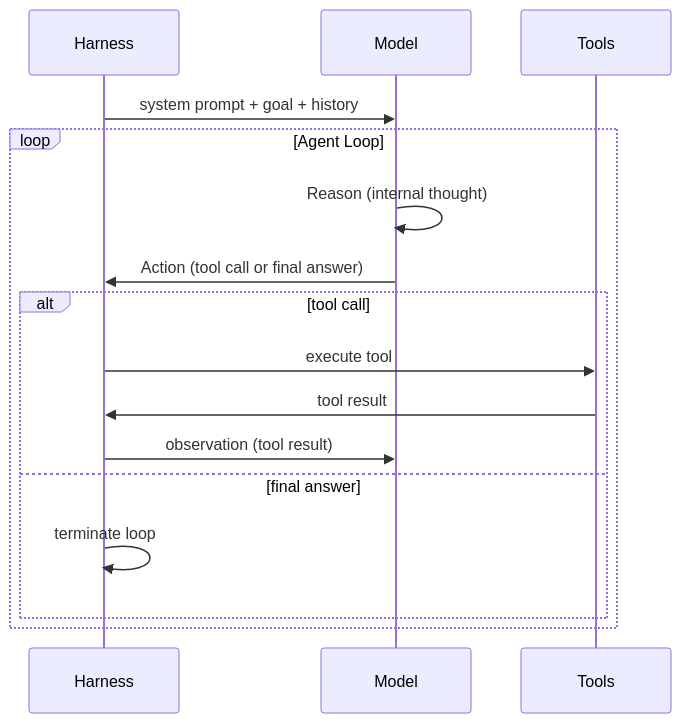
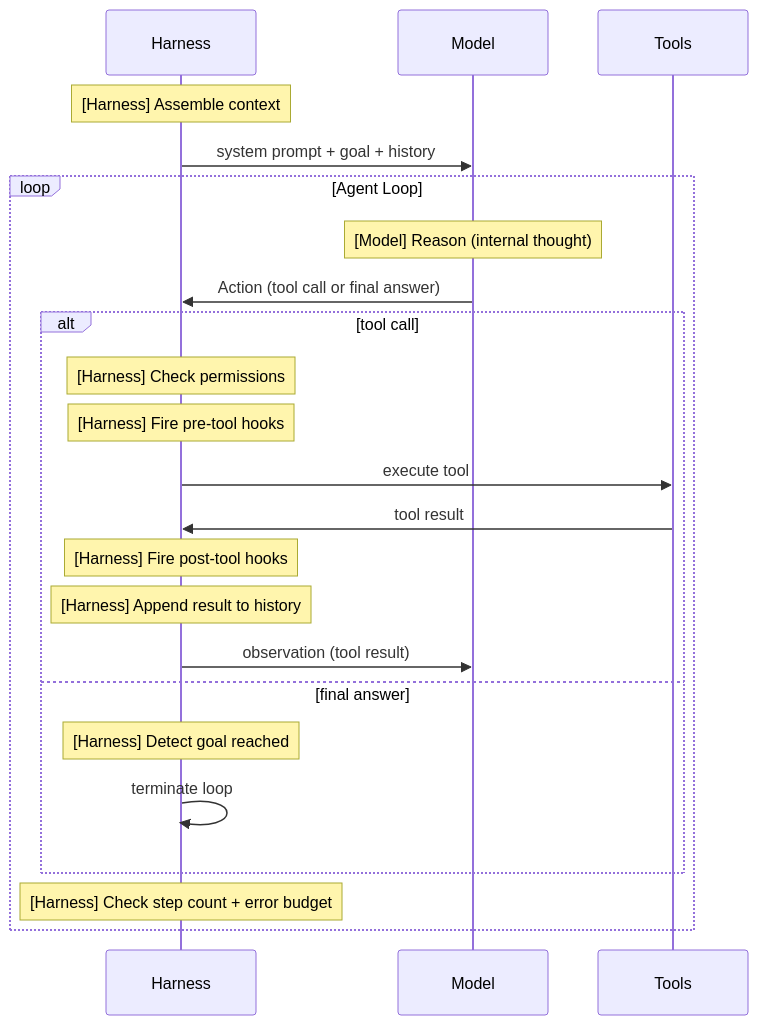
One commit to alivedise/agentic-engineering-essentials changed the diagram in docs/en/Harness Engineering/701.md. Above: the diagram before and after it, drawn with Mermaid. The commit also changed other lines of this file and 2 other files, not shown here.

````diff
--- a/docs/en/Harness Engineering/701.md
+++ b/docs/en/Harness Engineering/701.md
@@ -42,19 +88,26 @@
 ```mermaid
 sequenceDiagram
     participant H as Harness
     participant M as Model
     participant T as Tools
 
+    Note over H: [Harness] Assemble context
     H->>M: system prompt + goal + history
     loop Agent Loop
-        M->>M: Reason (internal thought)
+        Note over M: [Model] Reason (internal thought)
         M->>H: Action (tool call or final answer)
         alt tool call
+            Note over H: [Harness] Check permissions
+            Note over H: [Harness] Fire pre-tool hooks
             H->>T: execute tool
             T->>H: tool result
+            Note over H: [Harness] Fire post-tool hooks
+            Note over H: [Harness] Append result to history
             H->>M: observation (tool result)
         else final answer
+            Note over H: [Harness] Detect goal reached
             H->>H: terminate loop
         end
+        Note over H: [Harness] Check step count + error budget
     end
 ```
````
